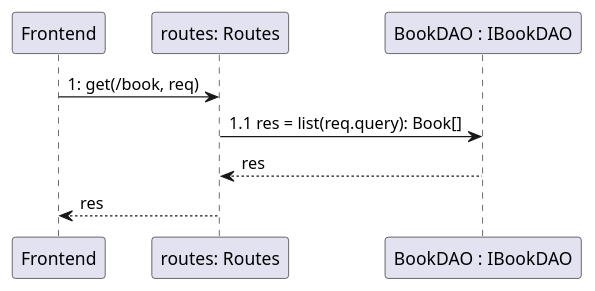
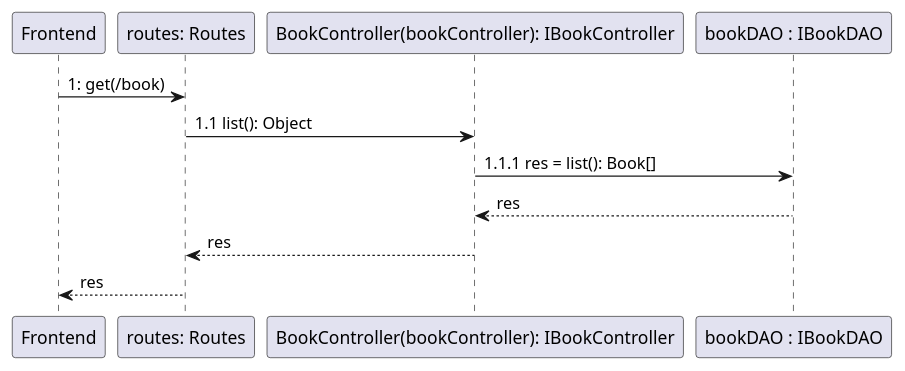
The diagram in project/Diagramas de Seq/book/list.plantuml (GustavoCunhaLacerda/projeto-es2), drawn with PlantUML before and after one commit. The commit also changed 1856 other files, not shown here.

```diff
--- a/project/Diagramas de Seq/book/list.plantuml
+++ b/project/Diagramas de Seq/book/list.plantuml
@@ -1,15 +1,17 @@
 @startuml es2
 skinparam class {
     BackgroundColor Snow
     BorderColor Black
 }
 
-Frontend -> "routes: Routes" : 1: get(/book, req)
+Frontend -> "routes: Routes" : 1: get(/book)
 
-"routes: Routes" -> "BookDAO : IBookDAO" : 1.1 res = list(req.query): Book[]
+"routes: Routes" -> "BookController(bookController): IBookController" : 1.1 list(): Object
+"BookController(bookController): IBookController" -> "bookDAO : IBookDAO" : 1.1.1 res = list(): Book[]
+"BookController(bookController): IBookController" <-- "bookDAO : IBookDAO" : res
 
-"BookDAO : IBookDAO" --> "routes: Routes" : res
+"routes: Routes" <-- "BookController(bookController): IBookController" : res
 
 "routes: Routes" --> Frontend : res
 
 @enduml
```
